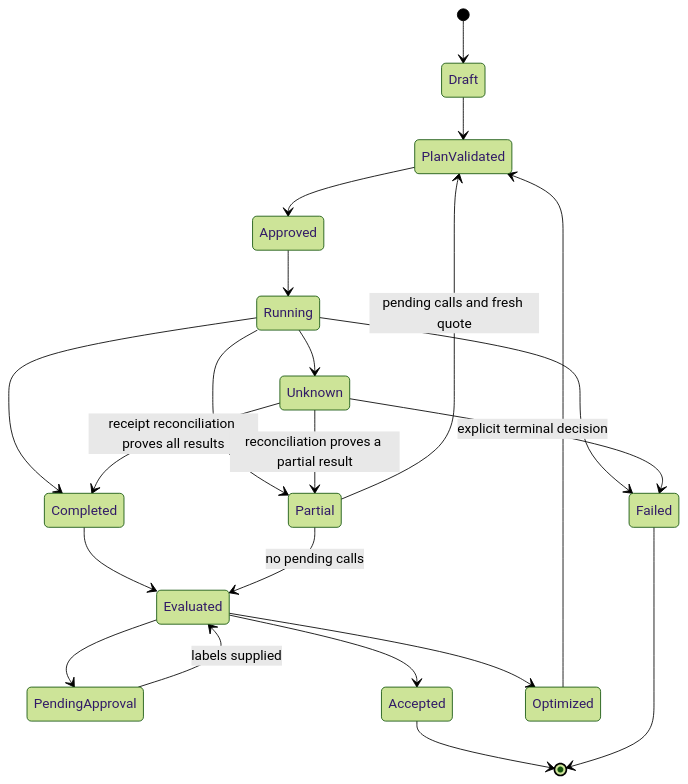
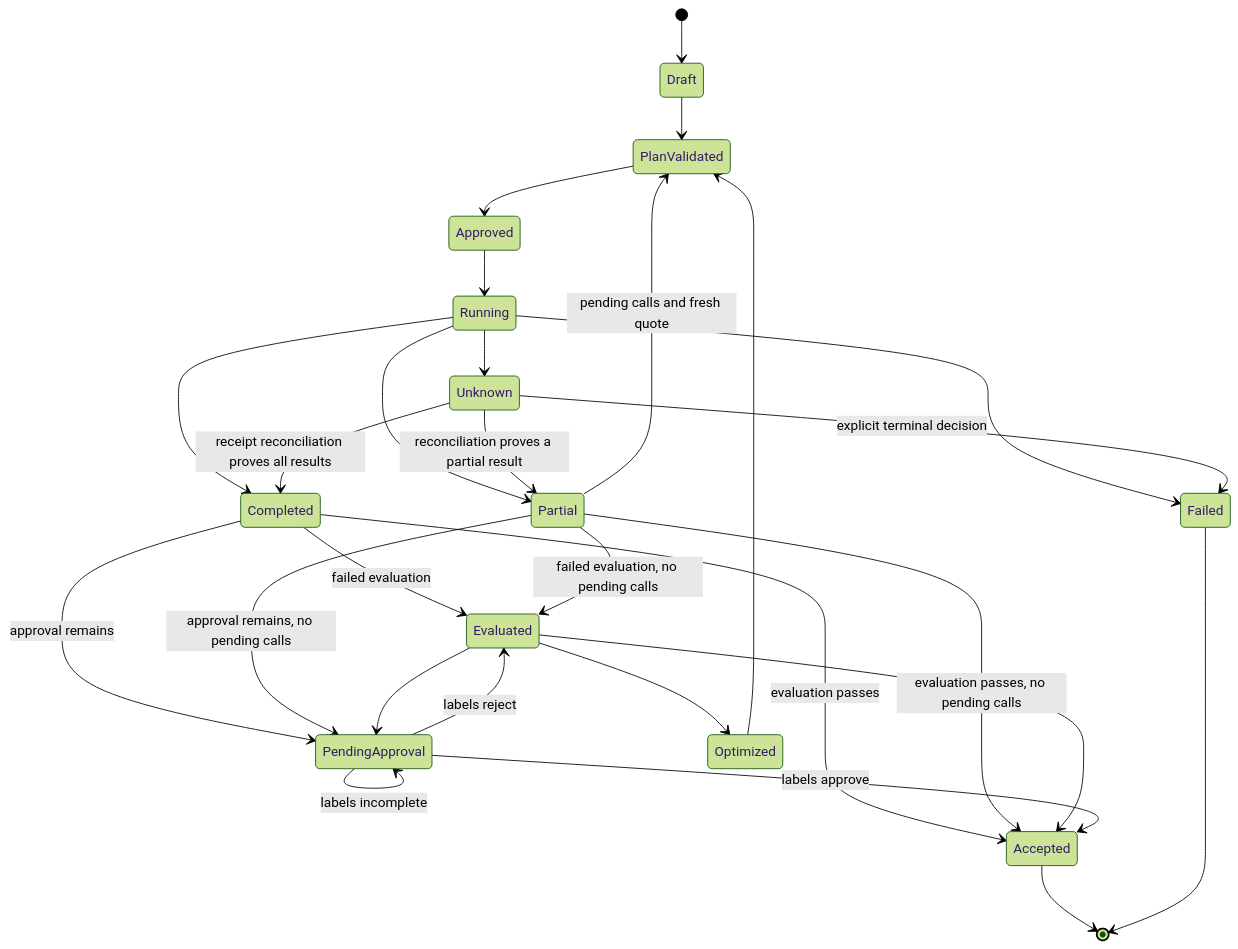
The second of 2 diagrams in docs/superpowers/specs/2026-09-14-codex-image-factory-production-hardening-design.md (full-aigc-plugins/image-factory-plugin), drawn with Mermaid (forest theme) before and after one commit. The commit also changed other lines of this file and 6 other files, not shown here.

````diff
--- a/docs/superpowers/specs/2026-09-14-codex-image-factory-production-hardening-design.md
+++ b/docs/superpowers/specs/2026-09-14-codex-image-factory-production-hardening-design.md
@@ -148,24 +148,30 @@
 ```mermaid
 stateDiagram-v2
     [*] --> Draft
     Draft --> PlanValidated
     PlanValidated --> Approved
     Approved --> Running
     Running --> Completed
     Running --> Partial
     Running --> Unknown
     Running --> Failed
-    Completed --> Evaluated
-    Partial --> Evaluated: no pending calls
+    Completed --> Evaluated: failed evaluation
+    Completed --> PendingApproval: approval remains
+    Completed --> Accepted: evaluation passes
+    Partial --> Evaluated: failed evaluation, no pending calls
+    Partial --> PendingApproval: approval remains, no pending calls
+    Partial --> Accepted: evaluation passes, no pending calls
     Partial --> PlanValidated: pending calls and fresh quote
     Unknown --> Completed: receipt reconciliation proves all results
     Unknown --> Partial: reconciliation proves a partial result
     Unknown --> Failed: explicit terminal decision
     Evaluated --> PendingApproval
     Evaluated --> Accepted
     Evaluated --> Optimized
-    PendingApproval --> Evaluated: labels supplied
+    PendingApproval --> Evaluated: labels reject
+    PendingApproval --> PendingApproval: labels incomplete
+    PendingApproval --> Accepted: labels approve
     Optimized --> PlanValidated
     Accepted --> [*]
     Failed --> [*]
 ```
````
